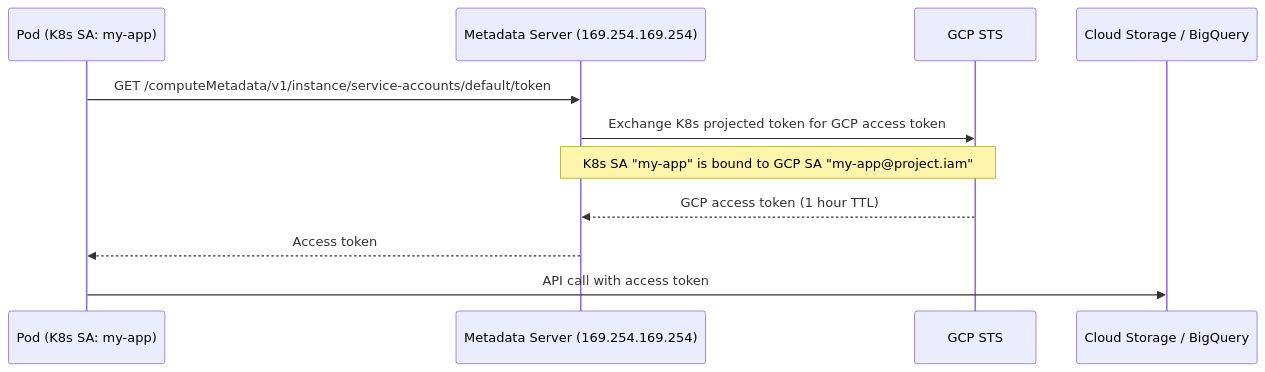
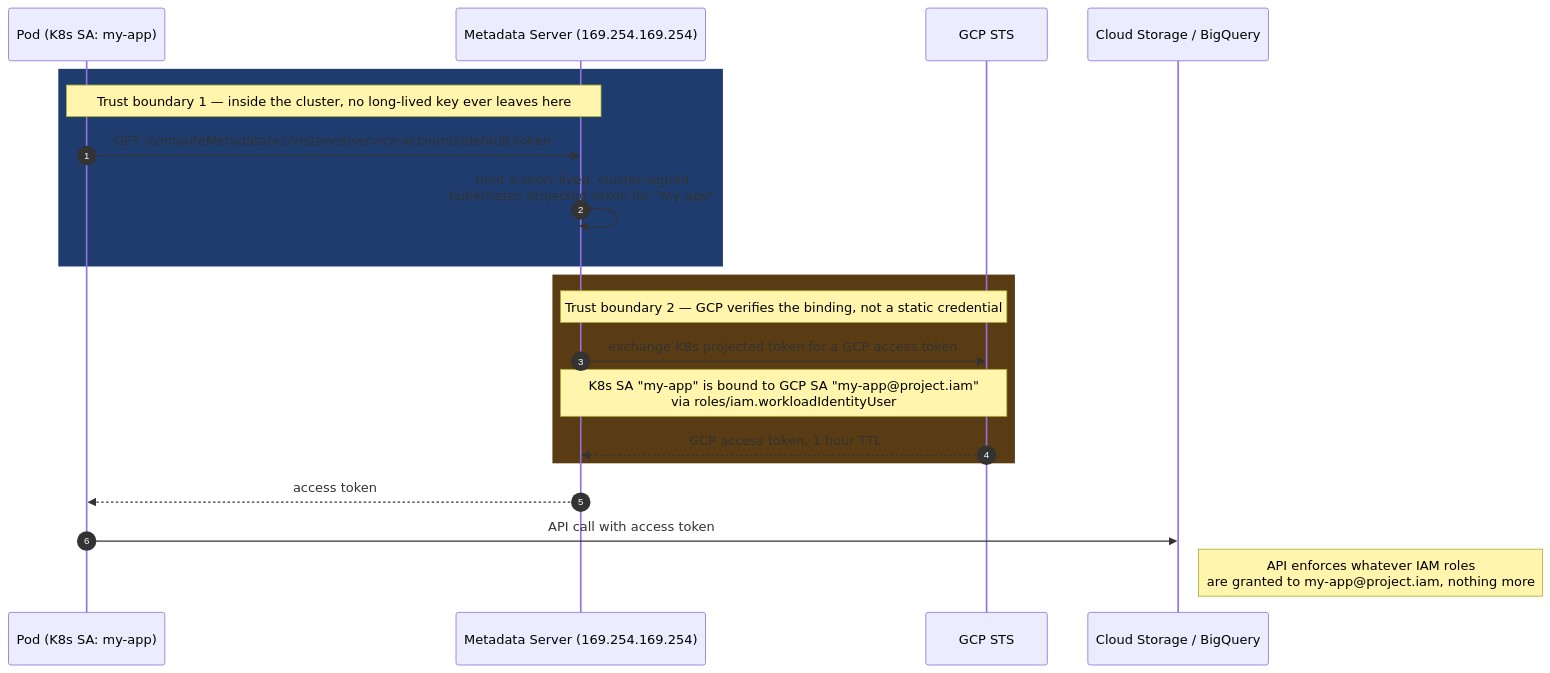
One commit to deepanshu-rawat6/DevOpsIndex changed the third of 7 diagrams in gcp/gke.md. Above: the diagram before and after it, drawn with Mermaid. The commit also changed other lines of this file and 14 other files, not shown here.

````diff
--- a/gcp/gke.md
+++ b/gcp/gke.md
@@ -58,14 +120,23 @@
 ```mermaid
 sequenceDiagram
+    autonumber
     participant POD as Pod (K8s SA: my-app)
     participant MDS as Metadata Server (169.254.169.254)
     participant STS as GCP STS
     participant API as Cloud Storage / BigQuery
 
+    rect rgb(30, 60, 110)
+    Note over POD,MDS: Trust boundary 1 — inside the cluster, no long-lived key ever leaves here
     POD->>MDS: GET /computeMetadata/v1/instance/service-accounts/default/token
-    MDS->>STS: Exchange K8s projected token for GCP access token
-    Note over MDS,STS: K8s SA "my-app" is bound to GCP SA "my-app@project.iam"
-    STS-->>MDS: GCP access token (1 hour TTL)
-    MDS-->>POD: Access token
+    MDS->>MDS: mint a short-lived, cluster-signed<br/>Kubernetes projected token for "my-app"
+    end
+    rect rgb(90, 60, 20)
+    Note over MDS,STS: Trust boundary 2 — GCP verifies the binding, not a static credential
+    MDS->>STS: exchange K8s projected token for a GCP access token
+    Note over MDS,STS: K8s SA "my-app" is bound to GCP SA "my-app@project.iam"<br/>via roles/iam.workloadIdentityUser
+    STS-->>MDS: GCP access token, 1 hour TTL
+    end
+    MDS-->>POD: access token
     POD->>API: API call with access token
+    Note right of API: API enforces whatever IAM roles<br/>are granted to my-app@project.iam, nothing more
 ```
````
